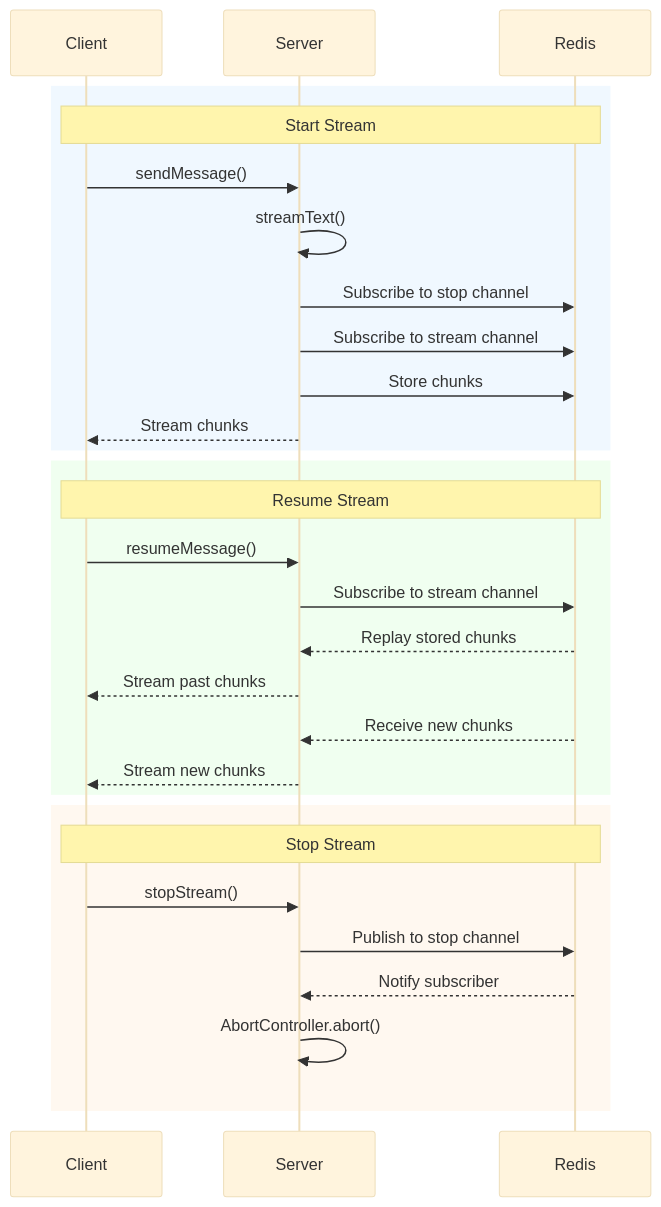
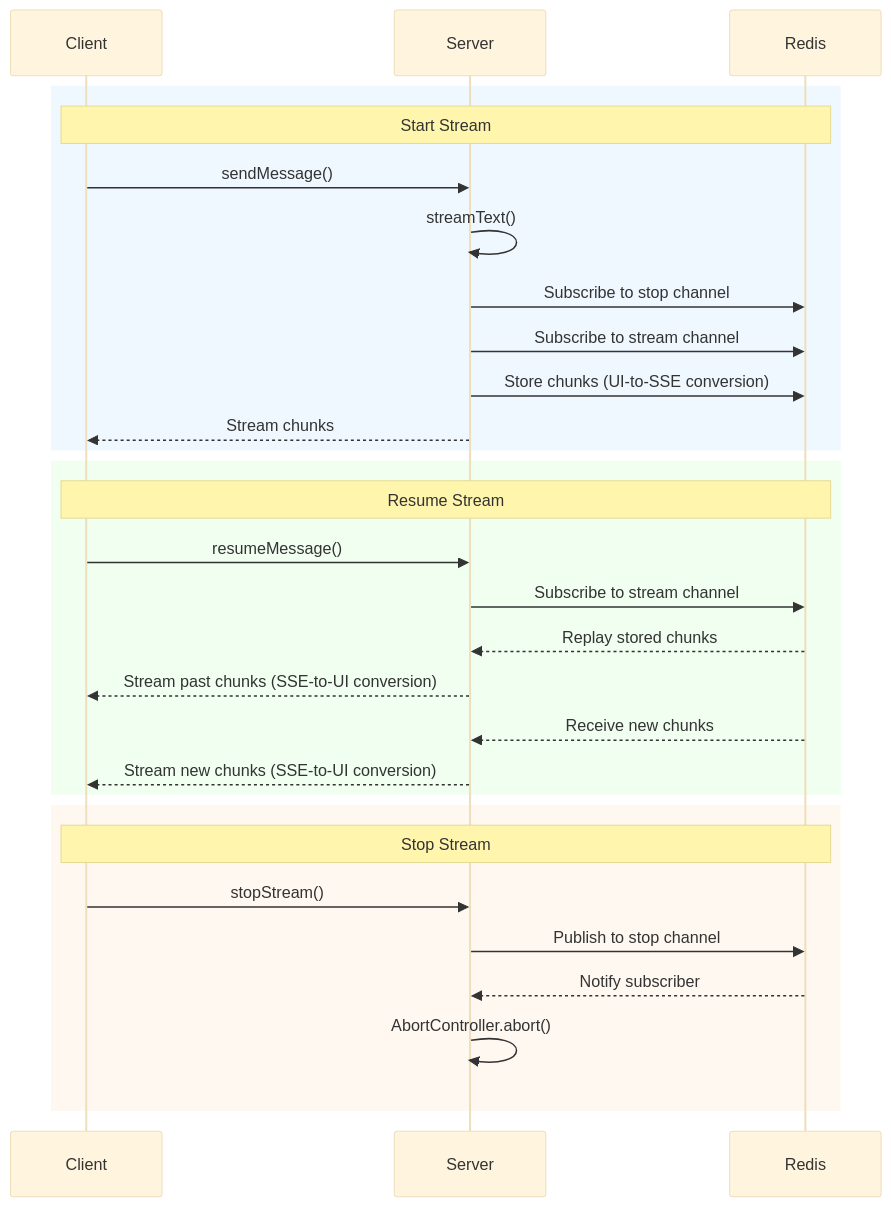
One commit to zirkelc/ai-resumable-stream changed the diagram in README.md. Above: the diagram before and after it, drawn with Mermaid (base theme).

````diff
--- a/README.md
+++ b/README.md
@@ -29,34 +29,34 @@
 ```mermaid
 sequenceDiagram
     participant Client
     participant Server
     participant Redis
 
     rect rgb(240, 248, 255)
         Note over Client,Redis: Start Stream
         Client->>Server: sendMessage()
         Server->>Server: streamText()
         Server->>Redis: Subscribe to stop channel
         Server->>Redis: Subscribe to stream channel
-        Server->>Redis: Store chunks
+        Server->>Redis: Store chunks (UI-to-SSE conversion)
         Server-->>Client: Stream chunks
     end
 
     rect rgb(240, 255, 240)
         Note over Client,Redis: Resume Stream
         Client->>Server: resumeMessage()
         Server->>Redis: Subscribe to stream channel
         Redis-->>Server: Replay stored chunks
-        Server-->>Client: Stream past chunks
+        Server-->>Client: Stream past chunks (SSE-to-UI conversion)
         Redis-->>Server: Receive new chunks
-        Server-->>Client: Stream new chunks
+        Server-->>Client: Stream new chunks (SSE-to-UI conversion)
     end
 
     rect rgb(255, 248, 240)
         Note over Client,Redis: Stop Stream
         Client->>Server: stopStream()
         Server->>Redis: Publish to stop channel
         Redis-->>Server: Notify subscriber
         Server->>Server: AbortController.abort()
     end
 ```
````
